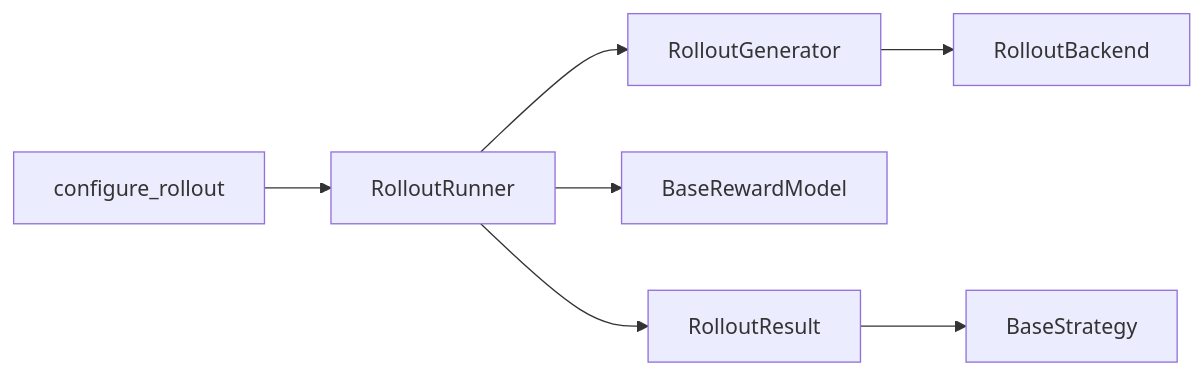
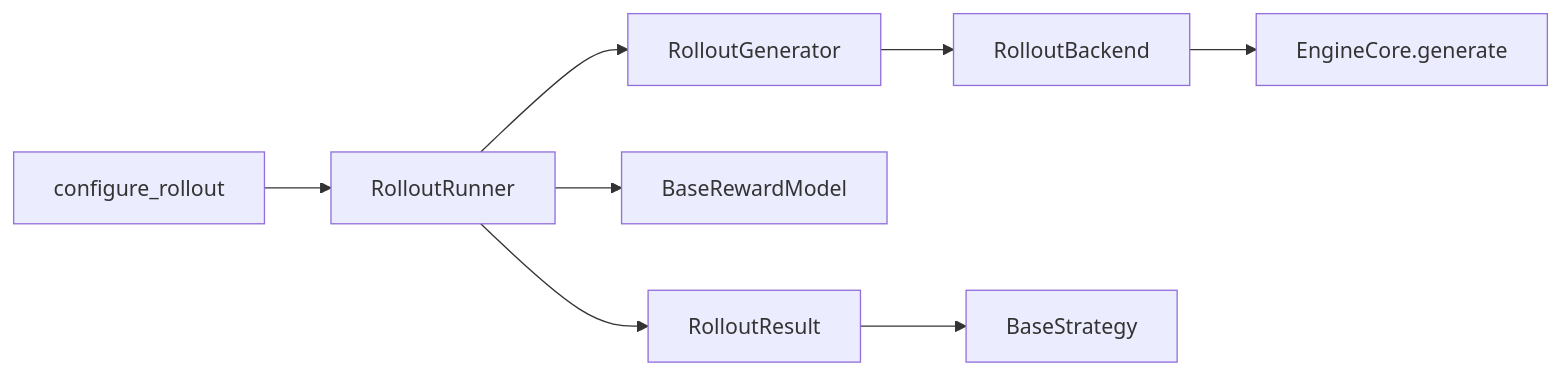
The diagram in docs/developer/trainer/rollout.md (ViperEkura/KHAOSZ), drawn with Mermaid before and after one commit. The commit also changed other lines of this file and 22 other files, not shown here.

First line of the commit message:
refactor: fold batch generation into EngineCore

````diff
--- a/docs/developer/trainer/rollout.md
+++ b/docs/developer/trainer/rollout.md
@@ -7,9 +7,10 @@
 ```mermaid
 flowchart LR
     Setup[configure_rollout] --> Runner[RolloutRunner]
     Runner --> Generator[RolloutGenerator]
     Generator --> Backend[RolloutBackend]
+    Backend --> Core[EngineCore.generate]
     Runner --> Reward[BaseRewardModel]
     Runner --> Result[RolloutResult]
     Result --> Strategy[BaseStrategy]
 ```
````
